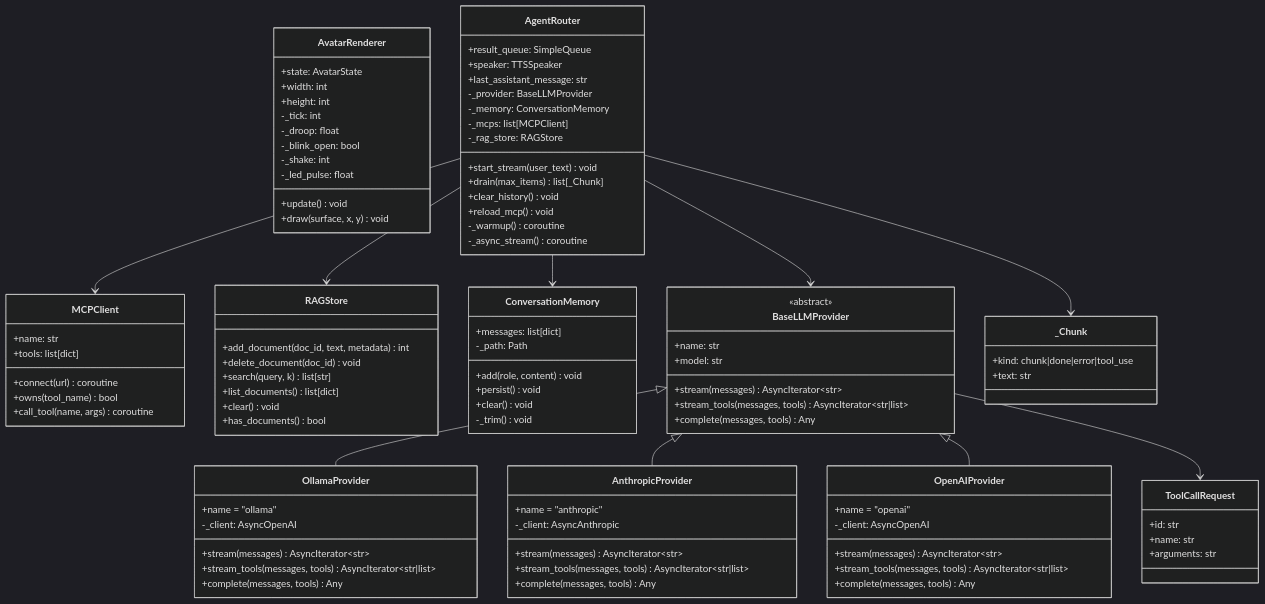
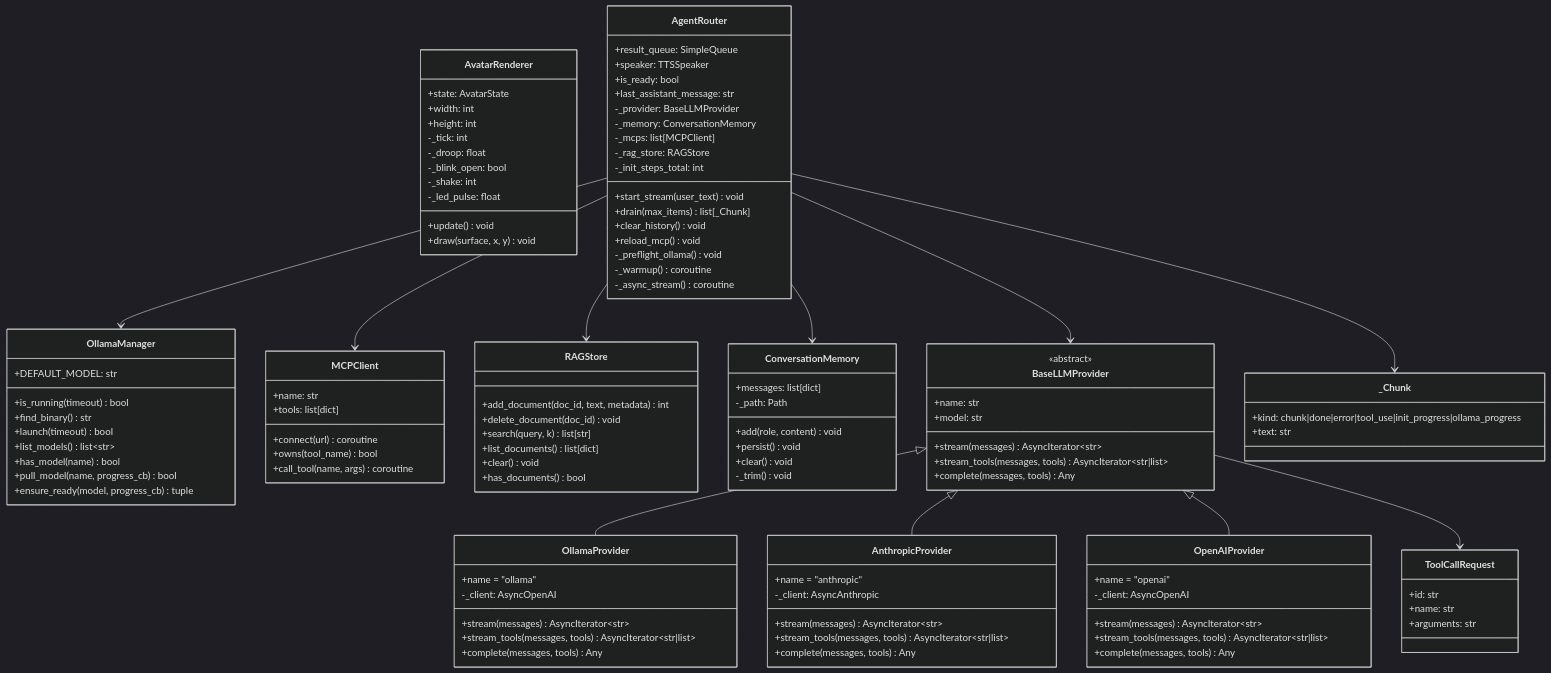
The third of 6 diagrams in docs/01-architecture.md (KhunKomkrit/agentbk), drawn with Mermaid (dark theme) before and after one commit. The commit also changed other lines of this file and 12 other files, not shown here.

First line of the commit message:
feat: integrate OllamaManager for auto-start and model management

```diff
--- a/docs/01-architecture.md
+++ b/docs/01-architecture.md
@@ -78,6 +130,7 @@
     class AgentRouter {
         +result_queue: SimpleQueue
         +speaker: TTSSpeaker
+        +is_ready: bool
         +start_stream(user_text) void
         +drain(max_items) list[_Chunk]
         +clear_history() void
@@ -87,8 +140,21 @@
         -_memory: ConversationMemory
         -_mcps: list[MCPClient]
         -_rag_store: RAGStore
+        -_init_steps_total: int
+        -_preflight_ollama() void
         -_warmup() coroutine
         -_async_stream() coroutine
+    }
+
+    class OllamaManager {
+        +DEFAULT_MODEL: str
+        +is_running(timeout) bool
+        +find_binary() str
+        +launch(timeout) bool
+        +list_models() list~str~
+        +has_model(name) bool
+        +pull_model(name, progress_cb) bool
+        +ensure_ready(model, progress_cb) tuple
     }
 
     class MCPClient {
@@ -157,7 +223,7 @@
     }
 
     class _Chunk {
-        +kind: chunk|done|error|tool_use
+        +kind: chunk|done|error|tool_use|init_progress|ollama_progress
         +text: str
     }
 
@@ -166,6 +232,7 @@
     AgentRouter --> _Chunk
     AgentRouter --> MCPClient
     AgentRouter --> RAGStore
+    AgentRouter --> OllamaManager
     BaseLLMProvider <|-- OllamaProvider
     BaseLLMProvider <|-- AnthropicProvider
     BaseLLMProvider <|-- OpenAIProvider
```
